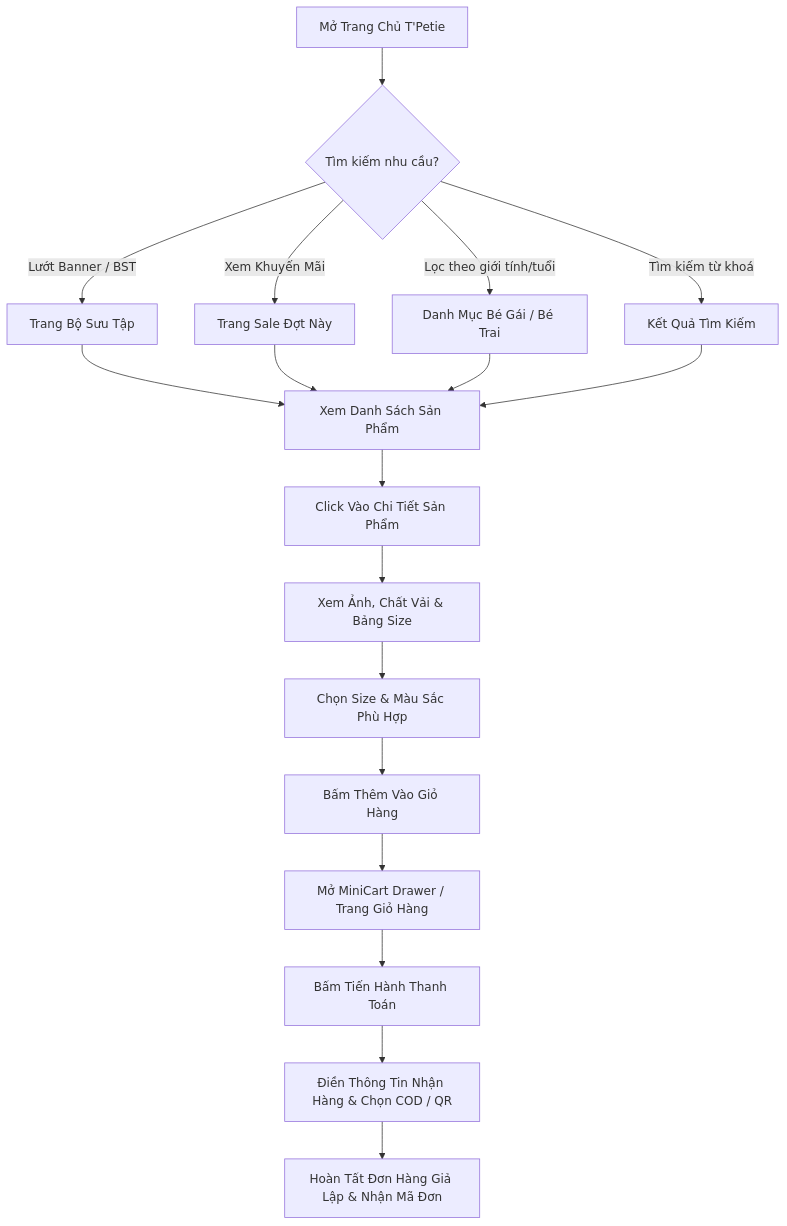
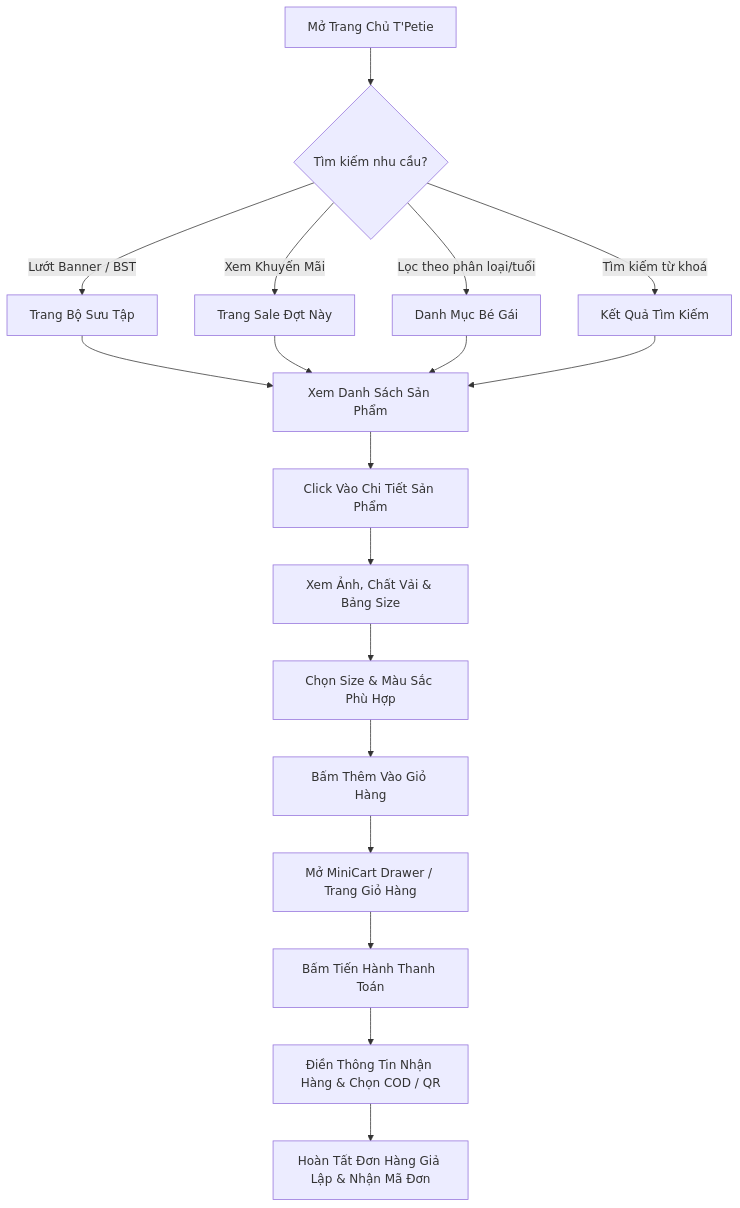
The diagram in docs/03-customer-journey.md (ThaoPTT141/T-Petie), drawn with Mermaid before and after one commit. The commit also changed 6 other files, not shown here.

````diff
--- a/docs/03-customer-journey.md
+++ b/docs/03-customer-journey.md
@@ -9,22 +9,22 @@
 ```mermaid
 flowchart TD
     A[Mở Trang Chủ T'Petie] --> B{Tìm kiếm nhu cầu?}
     B -->|Lướt Banner / BST| C[Trang Bộ Sưu Tập]
     B -->|Xem Khuyến Mãi| D[Trang Sale Đợt Này]
-    B -->|Lọc theo giới tính/tuổi| E[Danh Mục Bé Gái / Bé Trai]
+    B -->|Lọc theo phân loại/tuổi| E[Danh Mục Bé Gái]
     B -->|Tìm kiếm từ khoá| F[Kết Quả Tìm Kiếm]
 
     C --> G[Xem Danh Sách Sản Phẩm]
     D --> G
     E --> G
     F --> G
 
     G --> H[Click Vào Chi Tiết Sản Phẩm]
     H --> I[Xem Ảnh, Chất Vải & Bảng Size]
     I --> J[Chọn Size & Màu Sắc Phù Hợp]
     J --> K[Bấm Thêm Vào Giỏ Hàng]
     K --> L[Mở MiniCart Drawer / Trang Giỏ Hàng]
     L --> M[Bấm Tiến Hành Thanh Toán]
     M --> N[Điền Thông Tin Nhận Hàng & Chọn COD / QR]
     N --> O[Hoàn Tất Đơn Hàng Giả Lập & Nhận Mã Đơn]
 ```
````
